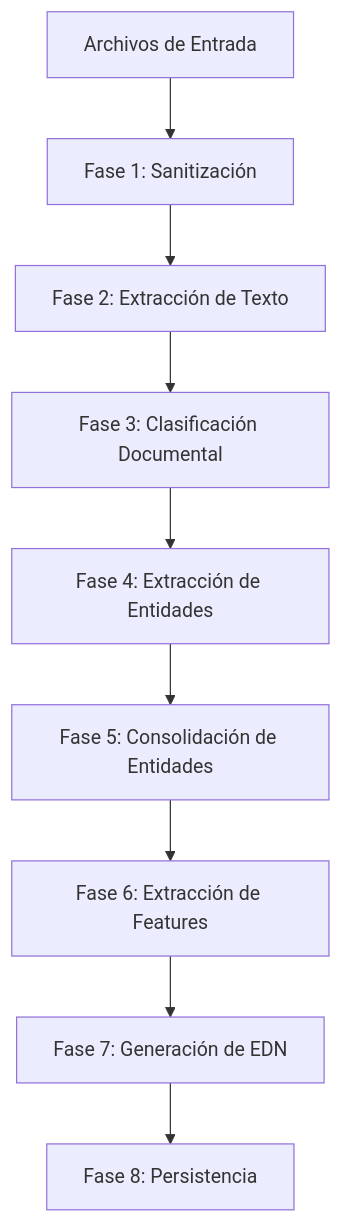
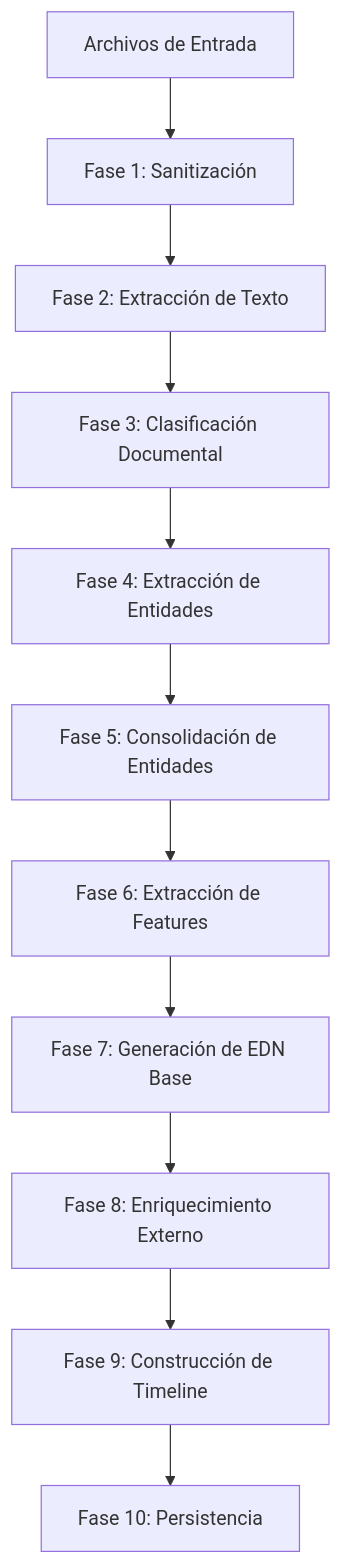
One commit to santiago-larrain/iee3112-proyecto-sec changed the diagram in docs/manual_tecnico/3_OMC.md. Above: the diagram before and after it, drawn with Mermaid. The commit also changed other lines of this file and 4 other files, not shown here.

````diff
--- a/docs/manual_tecnico/3_OMC.md
+++ b/docs/manual_tecnico/3_OMC.md
@@ -33,11 +33,13 @@
 ```mermaid
 graph TD
     A[Archivos de Entrada] --> B[Fase 1: Sanitización]
     B --> C[Fase 2: Extracción de Texto]
     C --> D[Fase 3: Clasificación Documental]
     D --> E[Fase 4: Extracción de Entidades]
     E --> F[Fase 5: Consolidación de Entidades]
     F --> G[Fase 6: Extracción de Features]
-    G --> H[Fase 7: Generación de EDN]
-    H --> I[Fase 8: Persistencia]
+    G --> H[Fase 7: Generación de EDN Base]
+    H --> I[Fase 8: Enriquecimiento Externo]
+    I --> J[Fase 9: Construcción de Timeline]
+    J --> K[Fase 10: Persistencia]
 ```
````
